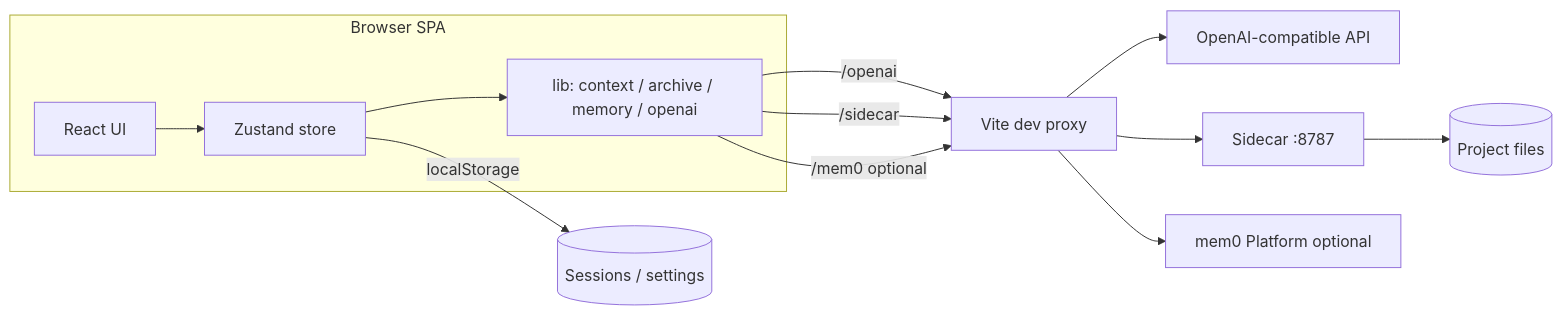
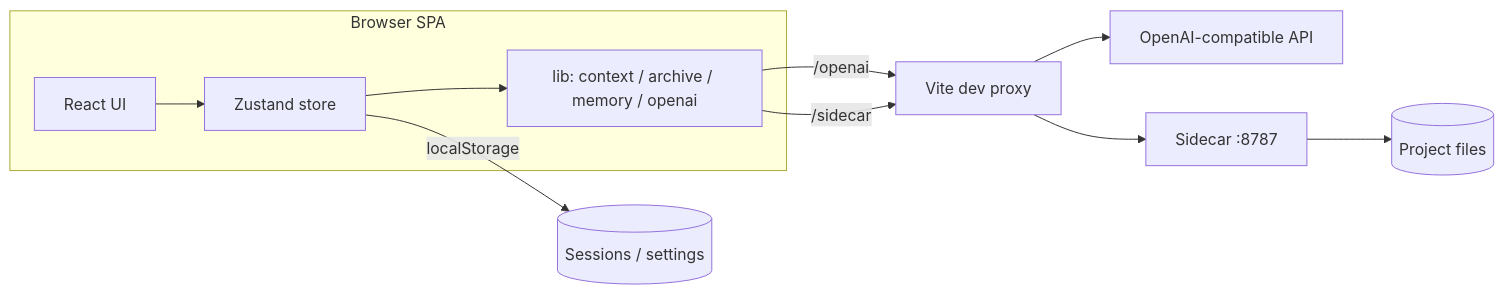
Before and after one commit to y-Adrian/forknote: the first of 2 diagrams in README.md, drawn with Mermaid. The commit also changed other lines of this file and 10 other files, not shown here.

````diff
--- a/README.md
+++ b/README.md
@@ -283,21 +265,19 @@
 ```mermaid
 flowchart LR
   subgraph browser [Browser SPA]
     UI[React UI]
     Store[Zustand store]
     Lib[lib: context / archive / memory / openai]
     UI --> Store
     Store --> Lib
   end
 
   Vite[Vite dev proxy]
   LLM[OpenAI-compatible API]
   SC[Sidecar :8787]
   FS[(Project files)]
-  Mem0[mem0 Platform optional]
 
   Lib -->|/openai| Vite --> LLM
   Lib -->|/sidecar| Vite --> SC --> FS
-  Lib -->|/mem0 optional| Vite --> Mem0
   Store -->|localStorage| LS[(Sessions / settings)]
 ```
````
